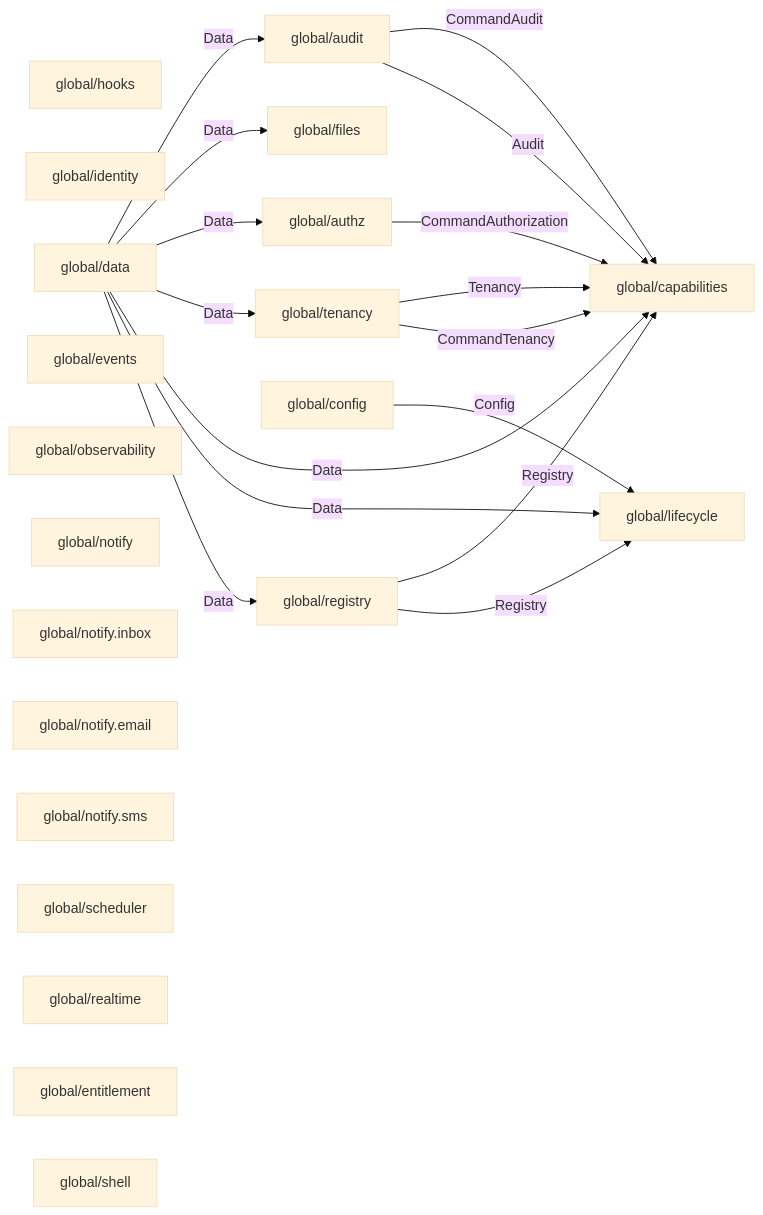
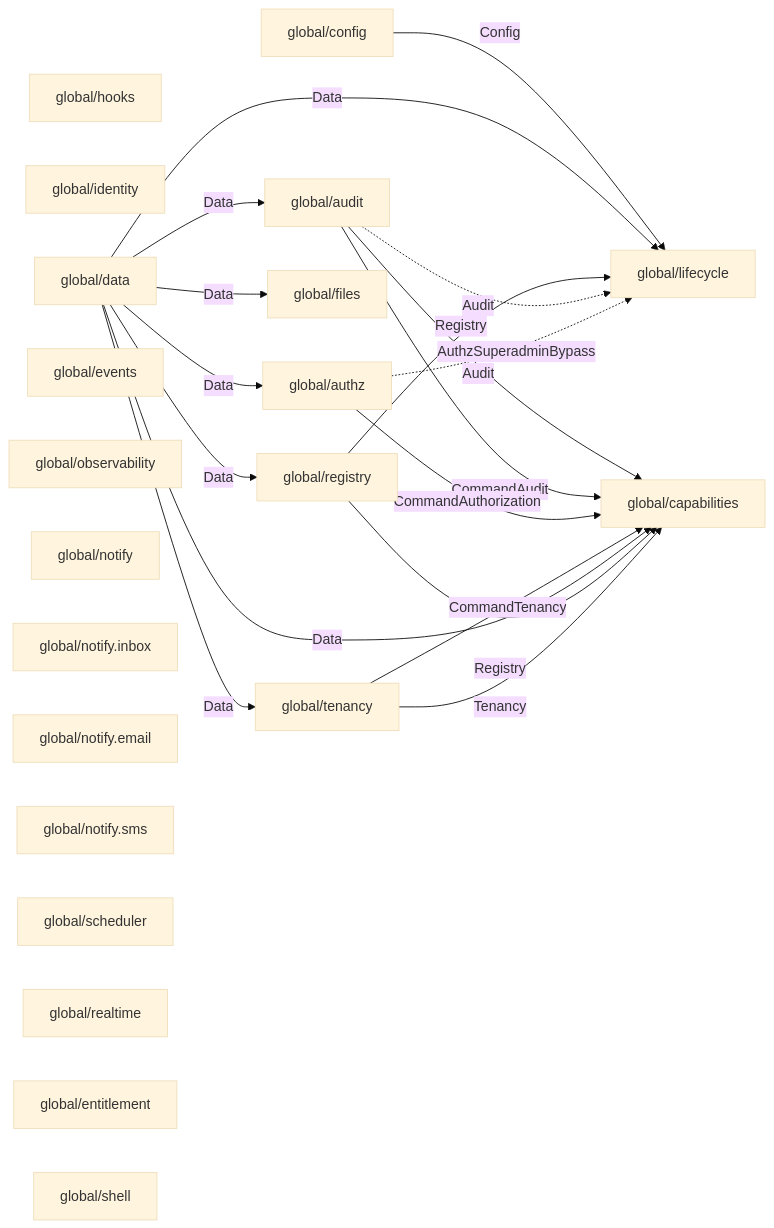
Before and after one commit to idadawn/qian: the diagram in docs/generated/module-graph.md, drawn with Mermaid (base theme). The commit also changed other lines of this file and 28 other files, not shown here.

````diff
--- a/docs/generated/module-graph.md
+++ b/docs/generated/module-graph.md
@@ -33,39 +33,41 @@
 ```mermaid
 flowchart LR
   n0["global/registry"]
   n1["global/lifecycle"]
   n2["global/capabilities"]
   n3["global/hooks"]
   n4["global/tenancy"]
   n5["global/identity"]
   n6["global/authz"]
   n7["global/data"]
   n8["global/files"]
   n9["global/config"]
   n10["global/events"]
   n11["global/audit"]
   n12["global/observability"]
   n13["global/notify"]
   n14["global/notify.inbox"]
   n15["global/notify.email"]
   n16["global/notify.sms"]
   n17["global/scheduler"]
   n18["global/realtime"]
   n19["global/entitlement"]
   n20["global/shell"]
   n7 -->|"Data"| n0
   n9 -->|"Config"| n1
   n7 -->|"Data"| n1
   n0 -->|"Registry"| n1
   n11 -->|"Audit"| n2
   n11 -->|"CommandAudit"| n2
   n6 -->|"CommandAuthorization"| n2
   n4 -->|"CommandTenancy"| n2
   n7 -->|"Data"| n2
   n0 -->|"Registry"| n2
   n4 -->|"Tenancy"| n2
   n7 -->|"Data"| n4
   n7 -->|"Data"| n6
   n7 -->|"Data"| n8
   n7 -->|"Data"| n11
+  n11 -.->|"Audit"| n1
+  n6 -.->|"AuthzSuperadminBypass"| n1
 ```
````
